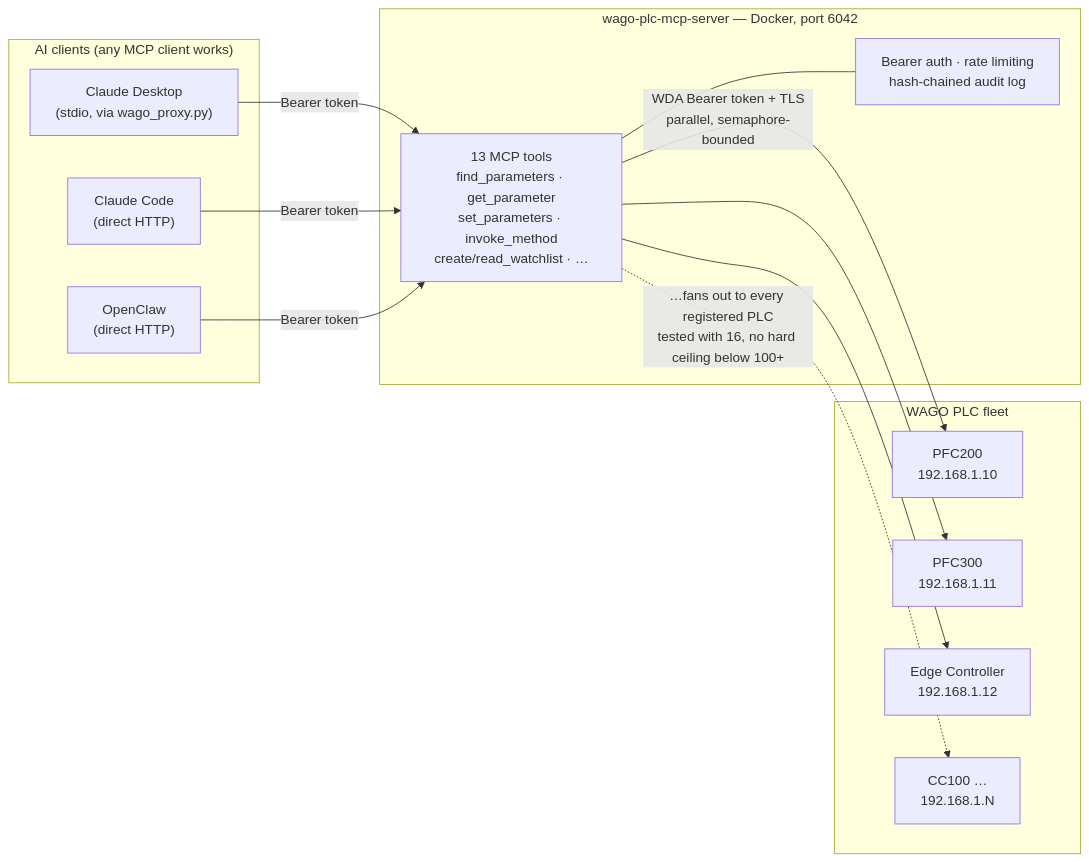
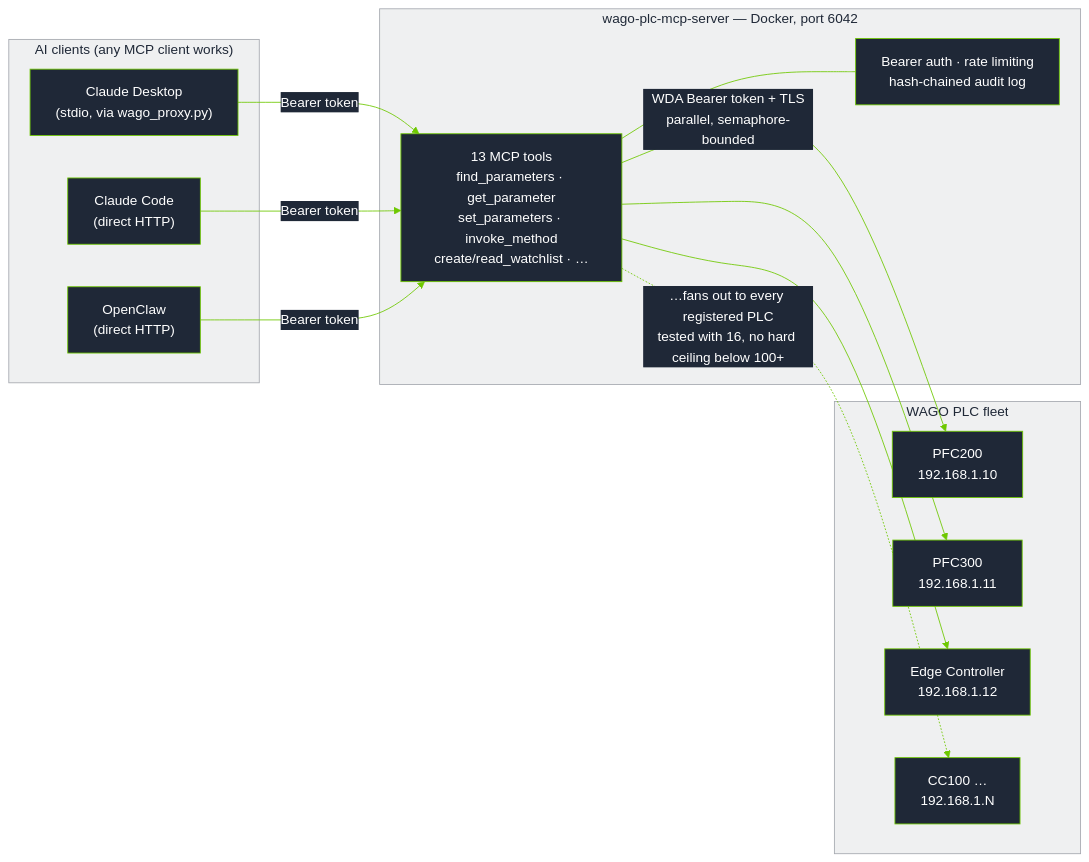
One commit to WagoAlex/wago-plc-mcp-server changed the diagram in README.md. Above: the diagram before and after it, drawn with Mermaid. The commit also changed other lines of this file and 1 other file, not shown here.

````diff
--- a/README.md
+++ b/README.md
@@ -79,30 +84,46 @@
 ```mermaid
+%%{init: {'theme':'base', 'themeVariables': {
+  'primaryColor':'#1F2837',
+  'primaryTextColor':'#ffffff',
+  'primaryBorderColor':'#6EC800',
+  'lineColor':'#6EC800',
+  'secondaryColor':'#EFF0F1',
+  'secondaryTextColor':'#1F2837',
+  'secondaryBorderColor':'#A5A8AF',
+  'tertiaryColor':'#FFFFFF',
+  'tertiaryTextColor':'#1F2837',
+  'tertiaryBorderColor':'#DEDFE1',
+  'fontFamily':'Segoe UI, Helvetica, Arial, sans-serif',
+  'clusterBkg':'#EFF0F1',
+  'clusterBorder':'#A5A8AF',
+  'edgeLabelBackground':'#1F2837'
+}}}%%
 flowchart LR
     subgraph Clients["AI clients (any MCP client works)"]
         CD["Claude Desktop<br/>(stdio, via wago_proxy.py)"]
         CC["Claude Code<br/>(direct HTTP)"]
         OC["OpenClaw<br/>(direct HTTP)"]
     end
 
     CD -- "Bearer token" --> MCP
     CC -- "Bearer token" --> MCP
     OC -- "Bearer token" --> MCP
 
     subgraph Server["wago-plc-mcp-server — Docker, port 6042"]
         MCP["13 MCP tools<br/>find_parameters · get_parameter<br/>set_parameters · invoke_method<br/>create/read_watchlist · …"]
         Guard["Bearer auth · rate limiting<br/>hash-chained audit log"]
         MCP --- Guard
     end
 
     MCP -- "WDA Bearer token + TLS<br/>parallel, semaphore-bounded" --> P1
     MCP --> P2
     MCP --> P3
     MCP -. "…fans out to every registered PLC<br/>tested with 16, no hard ceiling below 100+" .-> Pn
 
     subgraph Fleet["WAGO PLC fleet"]
         P1["PFC200<br/>192.168.1.10"]
         P2["PFC300<br/>192.168.1.11"]
         P3["Edge Controller<br/>192.168.1.12"]
         Pn["CC100 …<br/>192.168.1.N"]
     end
 ```
````
